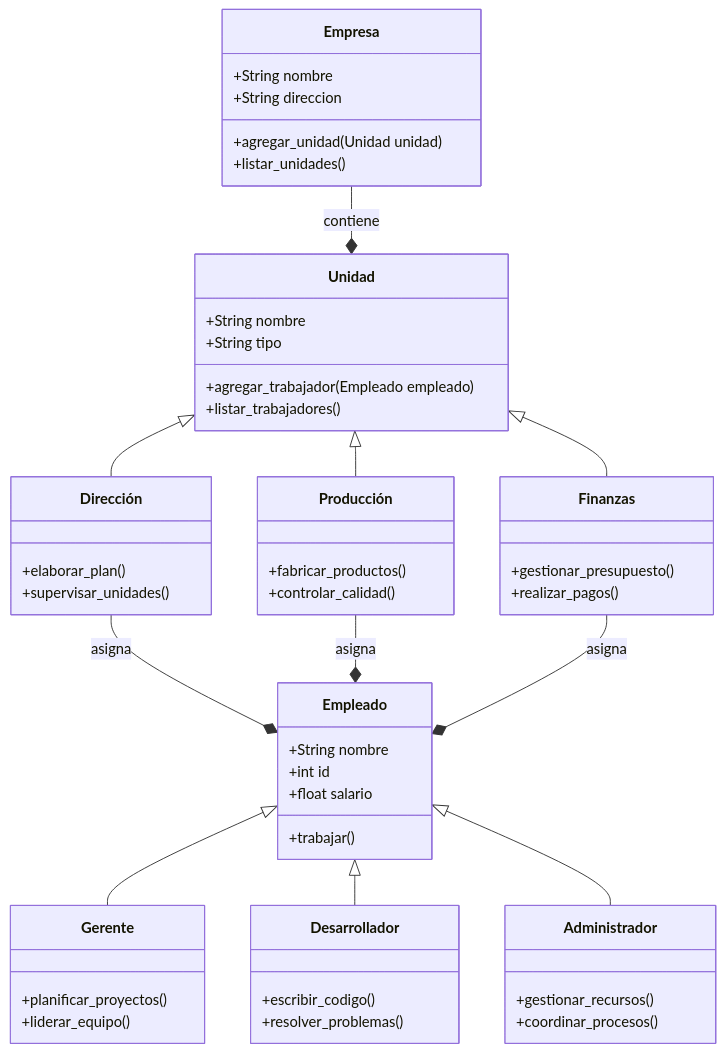
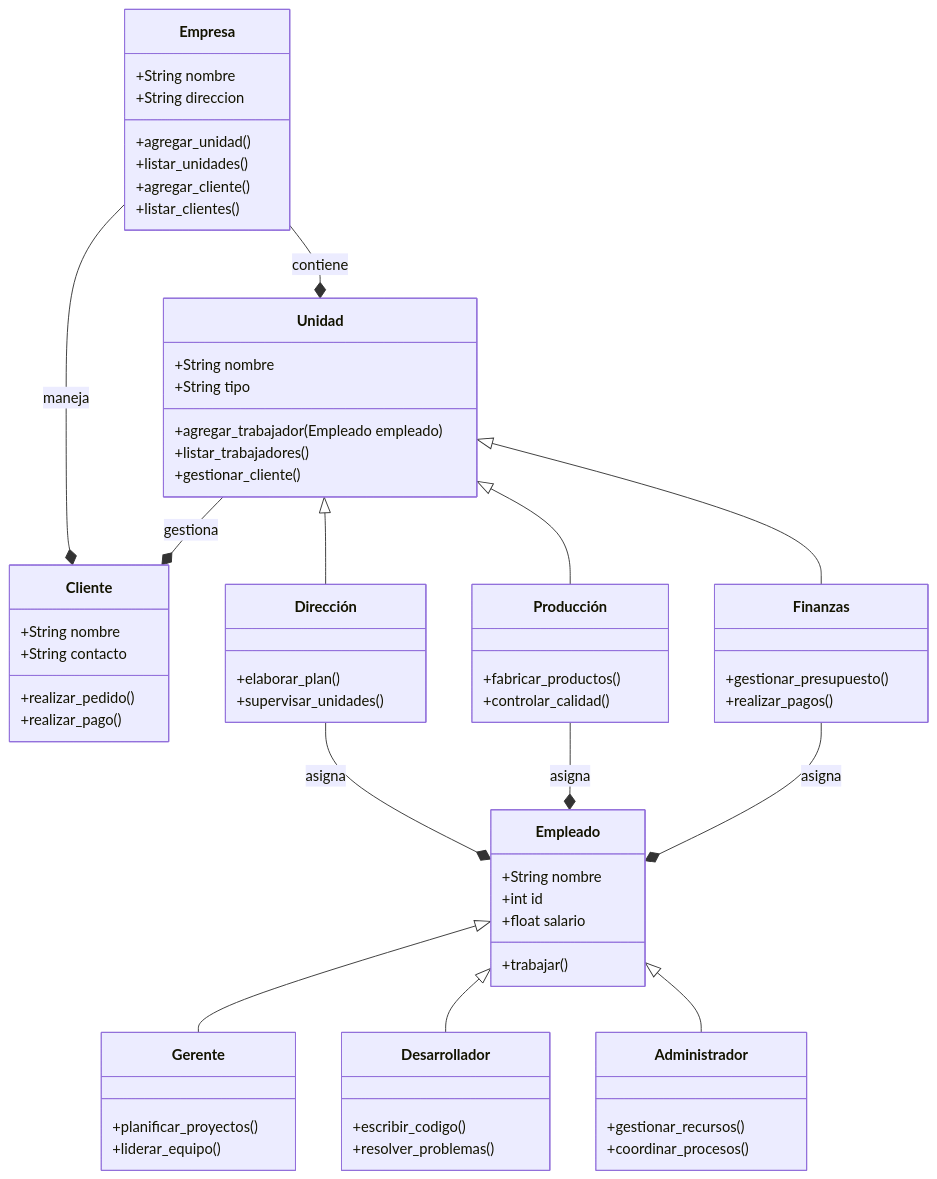
The fifth of 5 diagrams in README.md (santgm56/Reto_2), drawn with Mermaid before and after one commit. The commit also changed other lines of this file, not shown here.

````diff
--- a/README.md
+++ b/README.md
@@ -140,58 +179,69 @@
 ```mermaid
 classDiagram
     class Empresa{
         +String nombre
         +String direccion
-        +agregar_unidad(Unidad unidad)
+        +agregar_unidad()
         +listar_unidades()
+        +agregar_cliente()
+        +listar_clientes()
+    }
+    class Cliente{
+        +String nombre
+        +String contacto
+        +realizar_pedido()
+        +realizar_pago()
     }
     class Unidad{
         +String nombre
         +String tipo
         +agregar_trabajador(Empleado empleado)
         +listar_trabajadores()
+        +gestionar_cliente()
     }
     class Empleado{
         +String nombre
         +int id
         +float salario
         +trabajar()
     }
     Empresa --* Unidad : contiene
+    Empresa --* Cliente : maneja
+    Unidad --* Cliente : gestiona
 
     Unidad <|-- Dirección
     Unidad <|-- Producción
     Unidad <|-- Finanzas
     Dirección --*  Empleado: asigna
     Empleado <|-- Gerente
     Producción --*  Empleado: asigna
     Empleado <|-- Desarrollador
     Finanzas --*  Empleado: asigna
 
     Empleado <|-- Administrador
     class Dirección{
         +elaborar_plan()
         +supervisar_unidades()
     }
     class Producción{
         +fabricar_productos()
         +controlar_calidad()
     }
     class Finanzas{
         +gestionar_presupuesto()
         +realizar_pagos()
     }
     class Gerente{
         +planificar_proyectos()
         +liderar_equipo()
     }
     class Desarrollador{
         +escribir_codigo()
         +resolver_problemas()
     }
     class Administrador{
         +gestionar_recursos()
         +coordinar_procesos()
     }
 
 ```
````
